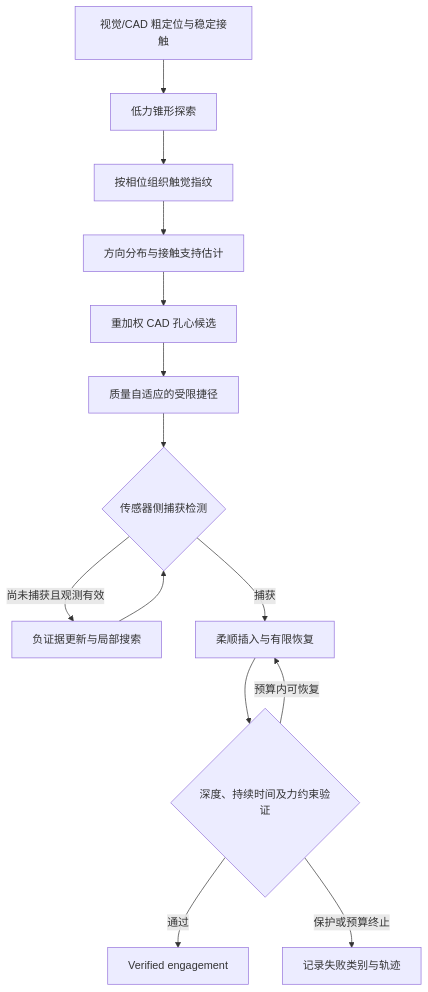
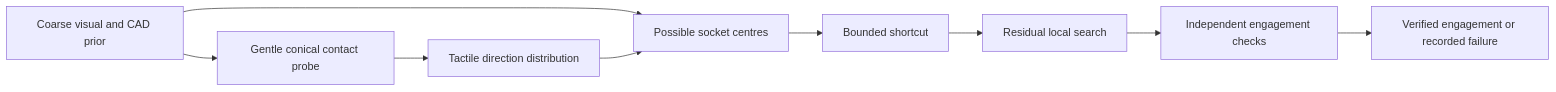
The first of 4 diagrams in README.md (nanjinyao/tactile-posterior-guided-engagement), drawn with Mermaid before and after one commit. The commit also changed other lines of this file and 4 other files, not shown here.

````diff
--- a/README.md
+++ b/README.md
@@ -38,16 +43,11 @@
 ```mermaid
-flowchart TD
-    A[视觉/CAD 粗定位与稳定接触] --> B[低力锥形探索]
-    B --> C[按相位组织触觉指纹]
-    C --> D[方向分布与接触支持估计]
-    D --> E[重加权 CAD 孔心候选]
-    E --> F[质量自适应的受限捷径]
-    F --> G{传感器侧捕获检测}
-    G -->|尚未捕获且观测有效| H[负证据更新与局部搜索]
-    H --> G
-    G -->|捕获| I[柔顺插入与有限恢复]
-    I --> J{深度、持续时间及力约束验证}
-    J -->|通过| K[Verified engagement]
-    J -->|预算内可恢复| I
-    J -->|保护或预算终止| L[记录失败类别与轨迹]
+flowchart LR
+    A[Coarse visual and CAD prior] --> B[Gentle conical contact probe]
+    B --> C[Tactile direction distribution]
+    A --> D[Possible socket centres]
+    C --> D
+    D --> E[Bounded shortcut]
+    E --> F[Residual local search]
+    F --> G[Independent engagement checks]
+    G --> H[Verified engagement or recorded failure]
 ```
````
